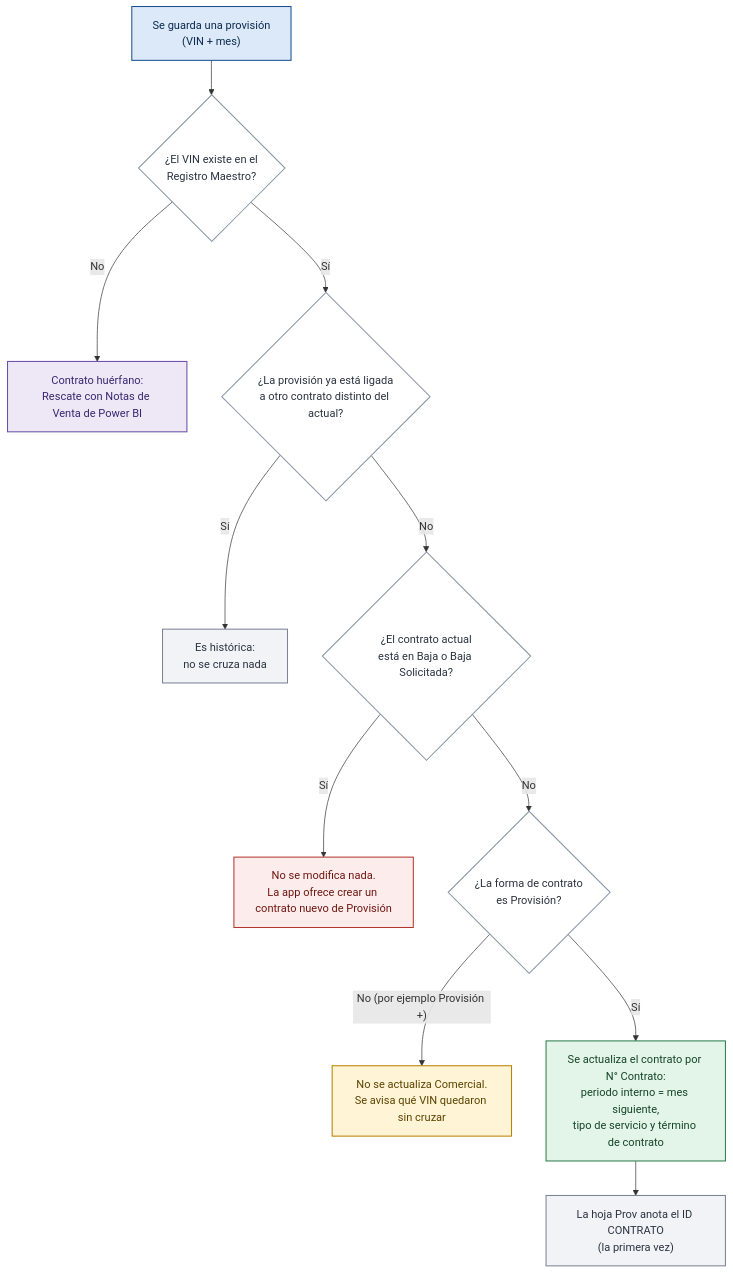
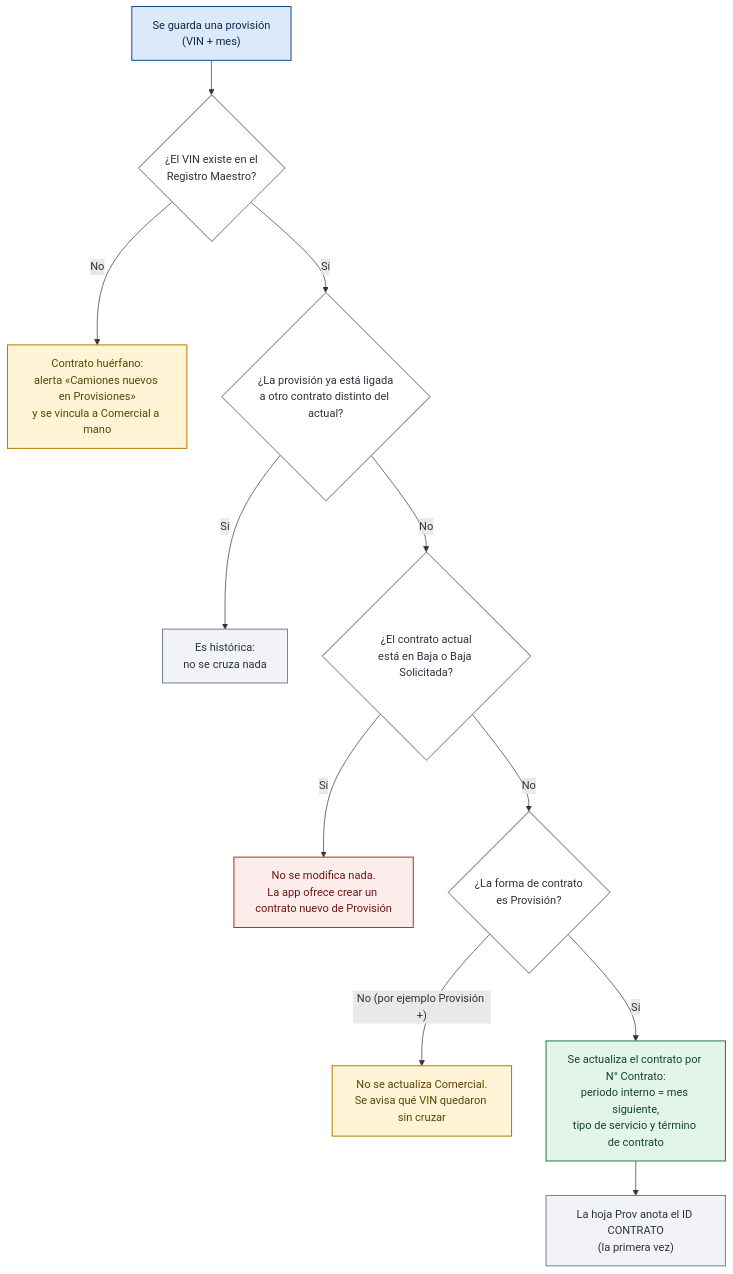
Diagram 12 of 31 in Fase 2/Evidencias Proyecto/Evidencias de documentación/docs/08. Arquitectura Visual y Diagramas.md (felipeMon20/PTY4614-302-EQUIPO-2), drawn with Mermaid before and after one commit. The commit also changed other lines of this file and 315 other files, not shown here.

````diff
--- a/Fase 2/Evidencias Proyecto/Evidencias de documentación/docs/08. Arquitectura Visual y Diagramas.md
+++ b/Fase 2/Evidencias Proyecto/Evidencias de documentación/docs/08. Arquitectura Visual y Diagramas.md
@@ -420,21 +423,21 @@
 ```mermaid
 flowchart TD
     S["Se guarda una provisión<br/>(VIN + mes)"]:::pantalla --> Q{"¿El VIN existe en el<br/>Registro Maestro?"}:::neutro
-    Q -->|No| H["Contrato huérfano:<br/>Rescate con Notas de Venta de Power BI"]:::externo
+    Q -->|No| H["Contrato huérfano:<br/>alerta «Camiones nuevos en Provisiones»<br/>y se vincula a Comercial a mano"]:::aviso
     Q -->|Sí| I{"¿La provisión ya está ligada<br/>a otro contrato distinto del actual?"}:::neutro
     I -->|Sí| HI["Es histórica:<br/>no se cruza nada"]:::archivo
     I -->|No| R{"¿El contrato actual<br/>está en Baja o Baja Solicitada?"}:::neutro
     R -->|Sí| NB["No se modifica nada.<br/>La app ofrece crear un contrato nuevo de Provisión"]:::alerta
     R -->|No| F{"¿La forma de contrato<br/>es Provisión?"}:::neutro
     F -->|"No (por ejemplo Provisión +)"| AV["No se actualiza Comercial.<br/>Se avisa qué VIN quedaron sin cruzar"]:::aviso
     F -->|Sí| OK["Se actualiza el contrato por N° Contrato:<br/>periodo interno = mes siguiente,<br/>tipo de servicio y término de contrato"]:::accion
     OK --> ID["La hoja Prov anota el ID CONTRATO<br/>(la primera vez)"]:::archivo
     classDef pantalla fill:#DCE9F8,stroke:#1B4F8F,color:#0B2A4F,stroke-width:1.5px
     classDef grupo fill:#1B4F8F,stroke:#0B2A4F,color:#FFFFFF,stroke-width:1.5px
     classDef accion fill:#E3F4E8,stroke:#2E7D4F,color:#14452A,stroke-width:1.5px
     classDef archivo fill:#F1F3F6,stroke:#7A8494,color:#2B3340,stroke-width:1.5px
     classDef externo fill:#EDE7F6,stroke:#6B4FA8,color:#3A2670,stroke-width:1.5px
     classDef alerta fill:#FDECEC,stroke:#B3372F,color:#6E1712,stroke-width:1.5px
     classDef aviso fill:#FFF4D6,stroke:#B58100,color:#5C4300,stroke-width:1.5px
     classDef neutro fill:#FFFFFF,stroke:#8A94A6,color:#2B3340,stroke-width:1.5px
 ```
````
